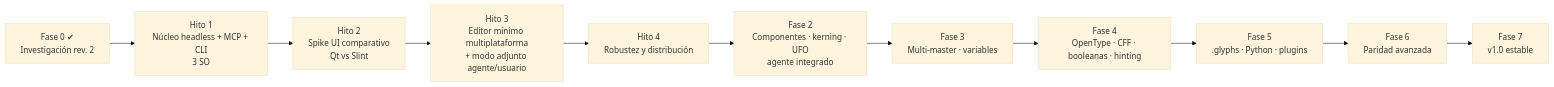
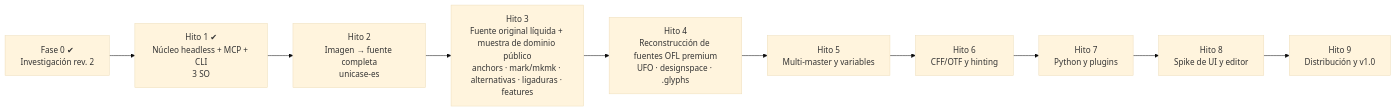
Before and after one commit to luisfarfan/forma: the diagram in docs/04-roadmap.md, drawn with Mermaid (base theme). The commit also changed other lines of this file and 4 other files, not shown here.

First line of the commit message:
docs: engine-first roadmap (ADR 0008) and tracing dependencies (ADR 0009)

````diff
--- a/docs/04-roadmap.md
+++ b/docs/04-roadmap.md
@@ -20,13 +27,12 @@
 ```mermaid
 flowchart LR
-  F0[Fase 0 ✔<br/>Investigación rev. 2] --> H1[Hito 1<br/>Núcleo headless + MCP + CLI<br/>3 SO]
-  H1 --> H2[Hito 2<br/>Spike UI comparativo<br/>Qt vs Slint]
-  H2 --> H3[Hito 3<br/>Editor mínimo multiplataforma<br/>+ modo adjunto agente/usuario]
-  H3 --> H4[Hito 4<br/>Robustez y distribución]
-  H4 --> F2[Fase 2<br/>Componentes · kerning · UFO<br/>agente integrado]
-  F2 --> F3[Fase 3<br/>Multi-master · variables]
-  F3 --> F4[Fase 4<br/>OpenType · CFF · booleanas · hinting]
-  F4 --> F5[Fase 5<br/>.glyphs · Python · plugins]
-  F5 --> F6[Fase 6<br/>Paridad avanzada]
-  F6 --> F7[Fase 7<br/>v1.0 estable]
+  F0["Fase 0 ✔<br/>Investigación rev. 2"] --> H1["Hito 1 ✔<br/>Núcleo headless + MCP + CLI<br/>3 SO"]
+  H1 --> H2["Hito 2<br/>Imagen → fuente completa<br/>unicase-es"]
+  H2 --> H3["Hito 3<br/>Fuente original líquida + muestra de dominio público<br/>anchors · mark/mkmk · alternativas · ligaduras · features"]
+  H3 --> H4["Hito 4<br/>Reconstrucción de fuentes OFL premium<br/>UFO · designspace · .glyphs"]
+  H4 --> H5["Hito 5<br/>Multi-master y variables"]
+  H5 --> H6["Hito 6<br/>CFF/OTF y hinting"]
+  H6 --> H7["Hito 7<br/>Python y plugins"]
+  H7 --> H8["Hito 8<br/>Spike de UI y editor"]
+  H8 --> H9["Hito 9<br/>Distribución y v1.0"]
 ```
````
